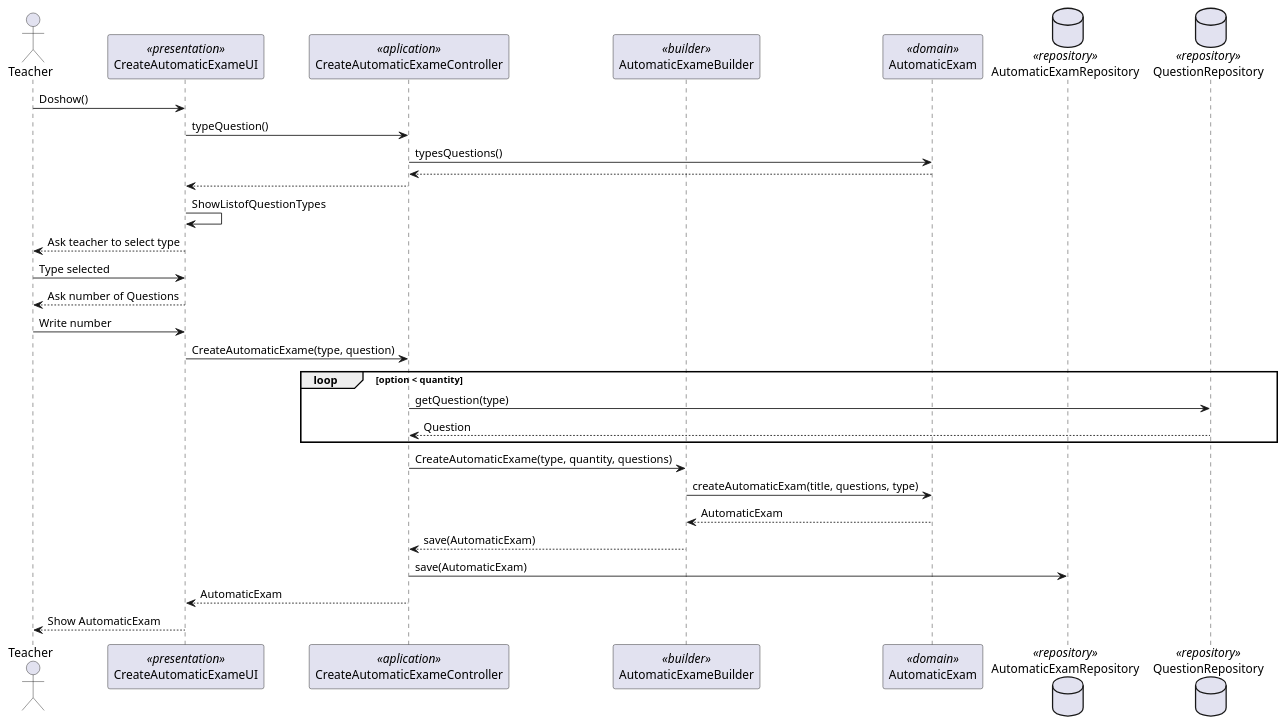
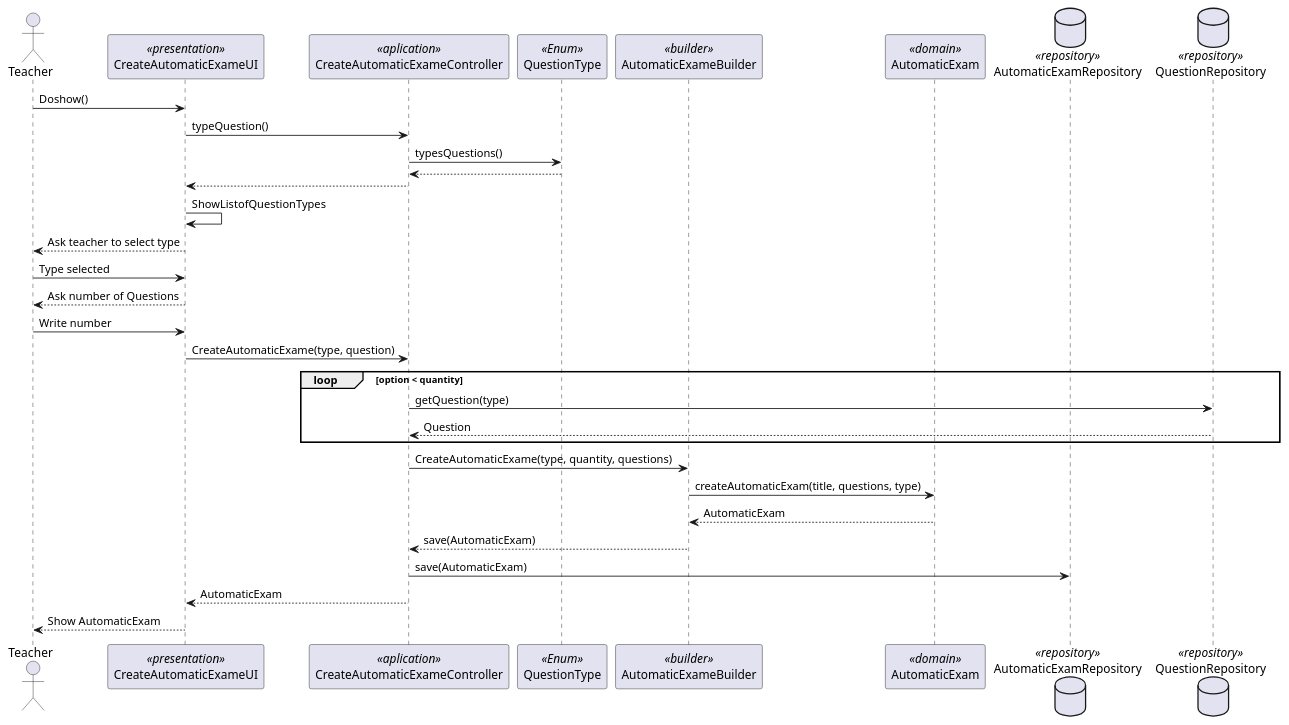
Before and after one commit to mascenso/isep-sem4-lapr4: the diagram in docs/SPRINT B/US2008 - Create Automatic Exame/sd-2008.puml, drawn with PlantUML. The commit also changed 7 other files, not shown here.

```diff
--- a/docs/SPRINT B/US2008 - Create Automatic Exame/sd-2008.puml
+++ b/docs/SPRINT B/US2008 - Create Automatic Exame/sd-2008.puml
@@ -1,32 +1,33 @@
 @startuml
 actor Teacher as Actor
 participant CreateAutomaticExameUI as UI <<presentation>>
 participant CreateAutomaticExameController as Controller <<aplication>>
+participant QuestionType as Enum <<Enum>>
 participant AutomaticExameBuilder as Builder <<builder>>
 participant AutomaticExam as Domain <<domain>>
 database AutomaticExamRepository as Repository1 <<repository>>
 database QuestionRepository as Repository2 <<repository>>
 
 Actor -> UI:Doshow()
 UI -> Controller: typeQuestion()
-Controller-> Domain: typesQuestions()
-Domain --> Controller
+Controller-> Enum: typesQuestions()
+Enum --> Controller
 Controller --> UI
 UI -> UI:ShowListofQuestionTypes
 UI --> Actor:Ask teacher to select type
 Actor -> UI:Type selected
 UI --> Actor: Ask number of Questions
 Actor-> UI: Write number
 UI -> Controller: CreateAutomaticExame(type, question)
     loop option < quantity
         Controller -> Repository2: getQuestion(type)
         Repository2 --> Controller: Question
     end
 Controller -> Builder: CreateAutomaticExame(type, quantity, questions)
 Builder -> Domain : createAutomaticExam(title, questions, type)
 Domain --> Builder: AutomaticExam
 Builder --> Controller : save(AutomaticExam)
 Controller -> Repository1: save(AutomaticExam)
 Controller --> UI:AutomaticExam
 UI --> Actor: Show AutomaticExam
 @enduml
```
